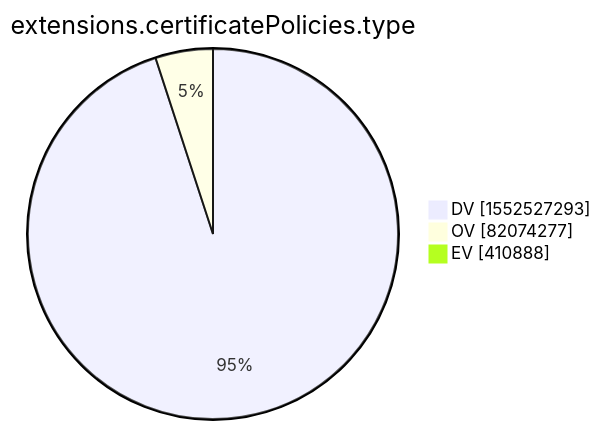
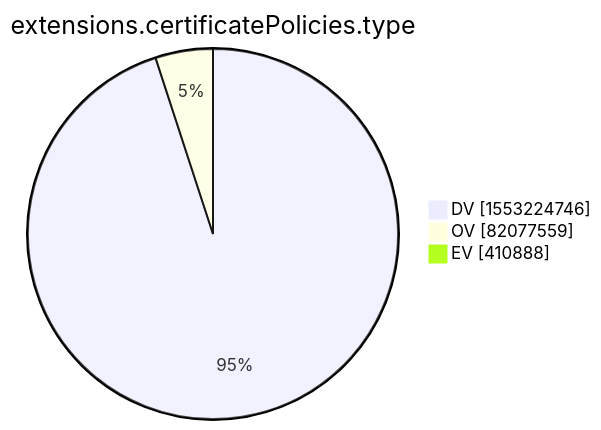
One commit to christiankrug/ctmonitor_visualization changed the tenth of 15 diagrams in xenon2022/README.md. Above: the diagram before and after it, drawn with Mermaid. The commit also changed other lines of this file, not shown here.

````diff
--- a/xenon2022/README.md
+++ b/xenon2022/README.md
@@ -2876,7 +2876,7 @@
 ```mermaid
 pie showData
 title extensions.certificatePolicies.type
-"DV" :1552527293
-"OV" :82074277
+"DV" :1553224746
+"OV" :82077559
 "EV" :410888
 ```
````
